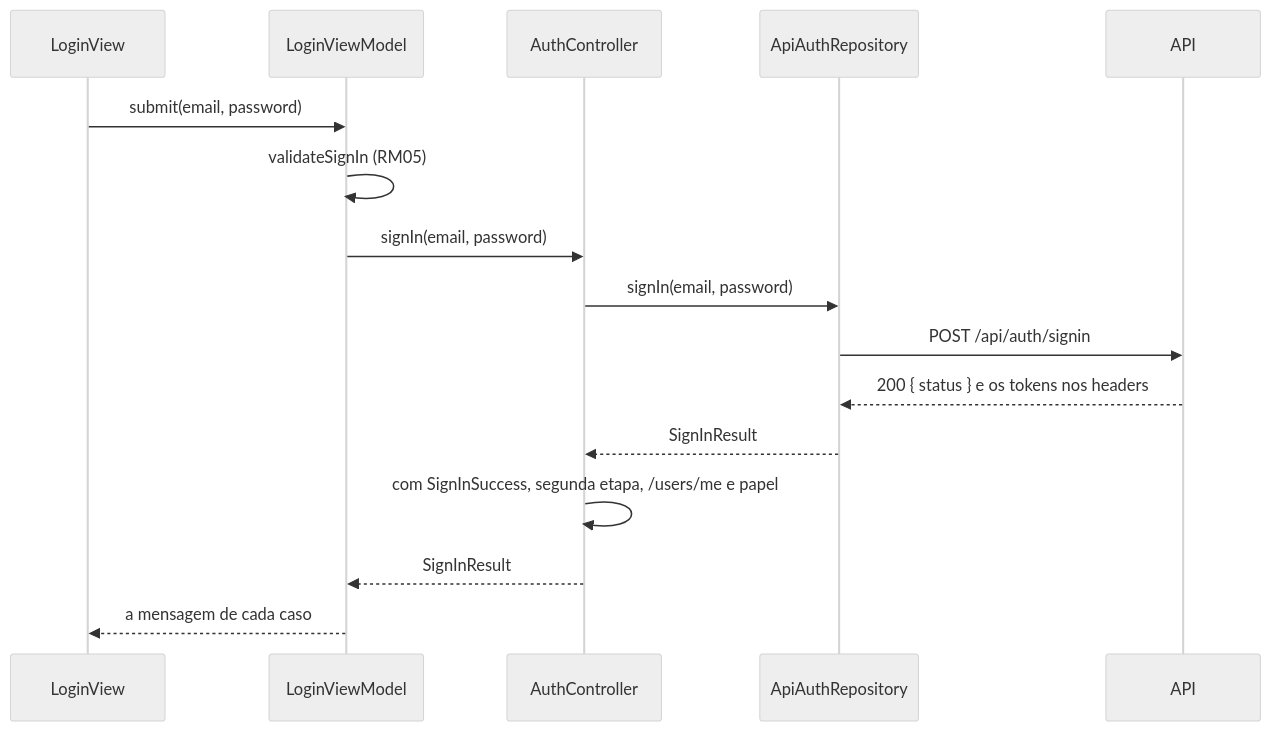
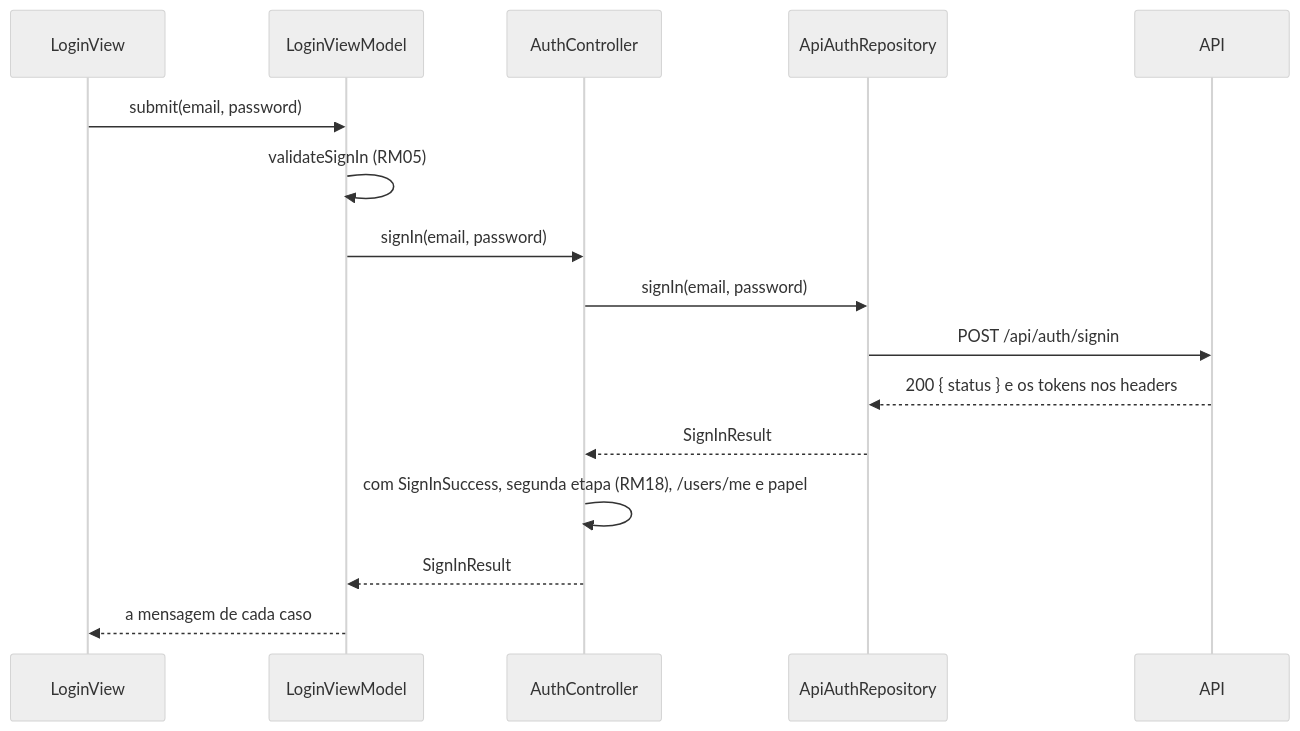
One commit to jgtsuchiya/projeto_integrador_reportaAiCm_mobile changed the second of 5 diagrams in docs/AUTH.md. Above: the diagram before and after it, drawn with Mermaid (neutral theme). The commit also changed other lines of this file and 86 other files, not shown here.

````diff
--- a/docs/AUTH.md
+++ b/docs/AUTH.md
@@ -145,18 +149,18 @@
 ```mermaid
 sequenceDiagram
     participant V as LoginView
     participant VM as LoginViewModel
     participant AC as AuthController
     participant R as ApiAuthRepository
     participant API as API
     V->>VM: submit(email, password)
     VM->>VM: validateSignIn (RM05)
     VM->>AC: signIn(email, password)
     AC->>R: signIn(email, password)
     R->>API: POST /api/auth/signin
     API-->>R: 200 { status } e os tokens nos headers
     R-->>AC: SignInResult
-    AC->>AC: com SignInSuccess, segunda etapa, /users/me e papel
+    AC->>AC: com SignInSuccess, segunda etapa (RM18), /users/me e papel
     AC-->>VM: SignInResult
     VM-->>V: a mensagem de cada caso
 ```
````
